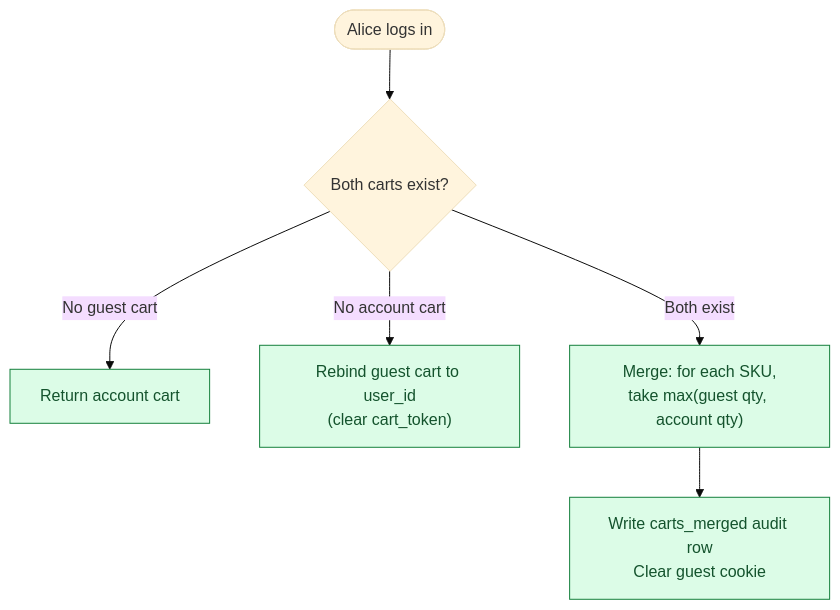
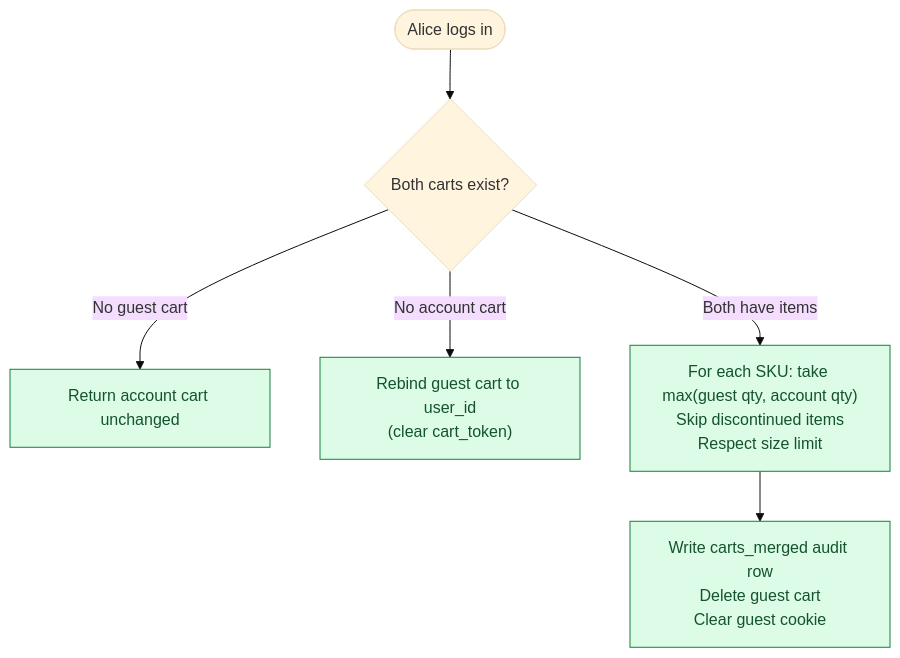
Before and after one commit to shiningflash/system-design: the third of 11 diagrams in problems/012-shopping-cart/question.md, drawn with Mermaid (base theme). The commit also changed other lines of this file and 37 other files, not shown here.

````diff
--- a/problems/012-shopping-cart/question.md
+++ b/problems/012-shopping-cart/question.md
@@ -213,10 +166,10 @@
 ```mermaid
 flowchart TD
     Login([Alice logs in]) --> BothExist{Both carts exist?}
-    BothExist -- "No guest cart" --> UseAccount[Return account cart]:::ok
+    BothExist -- "No guest cart" --> UseAccount["Return account cart unchanged"]:::ok
     BothExist -- "No account cart" --> Rebind["Rebind guest cart to user_id<br/>(clear cart_token)"]:::ok
-    BothExist -- "Both exist" --> Merge["Merge: for each SKU,<br/>take max(guest qty, account qty)"]:::ok
-    Merge --> Audit["Write carts_merged audit row<br/>Clear guest cookie"]:::ok
+    BothExist -- "Both have items" --> Merge["For each SKU: take max(guest qty, account qty)<br/>Skip discontinued items<br/>Respect size limit"]:::ok
+    Merge --> Audit["Write carts_merged audit row<br/>Delete guest cart<br/>Clear guest cookie"]:::ok
 
     classDef ok fill:#dcfce7,stroke:#15803d,color:#14532d
 ```
````
